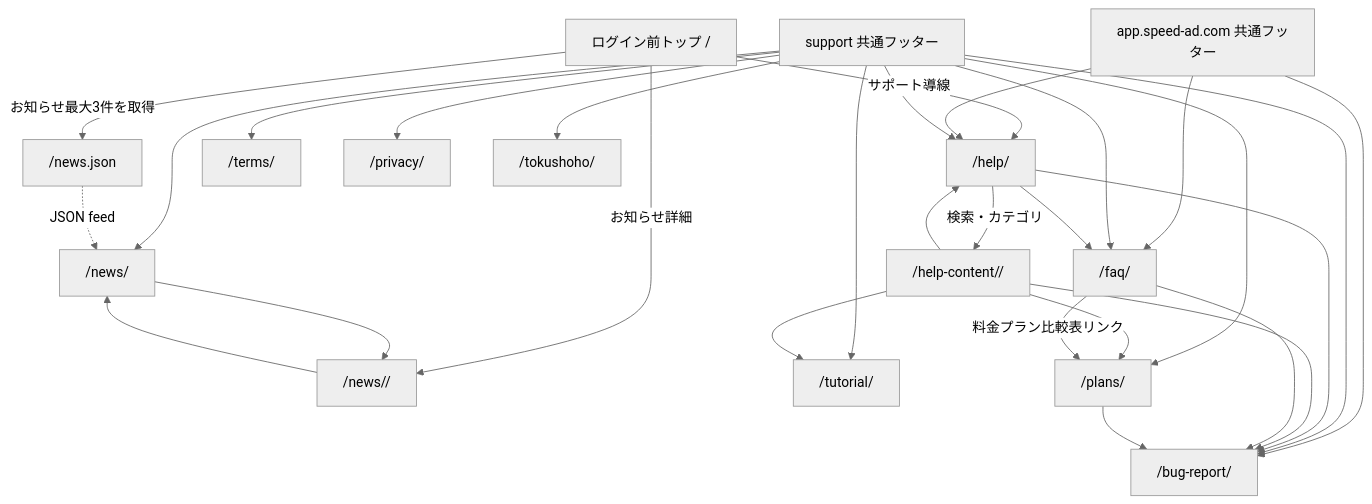
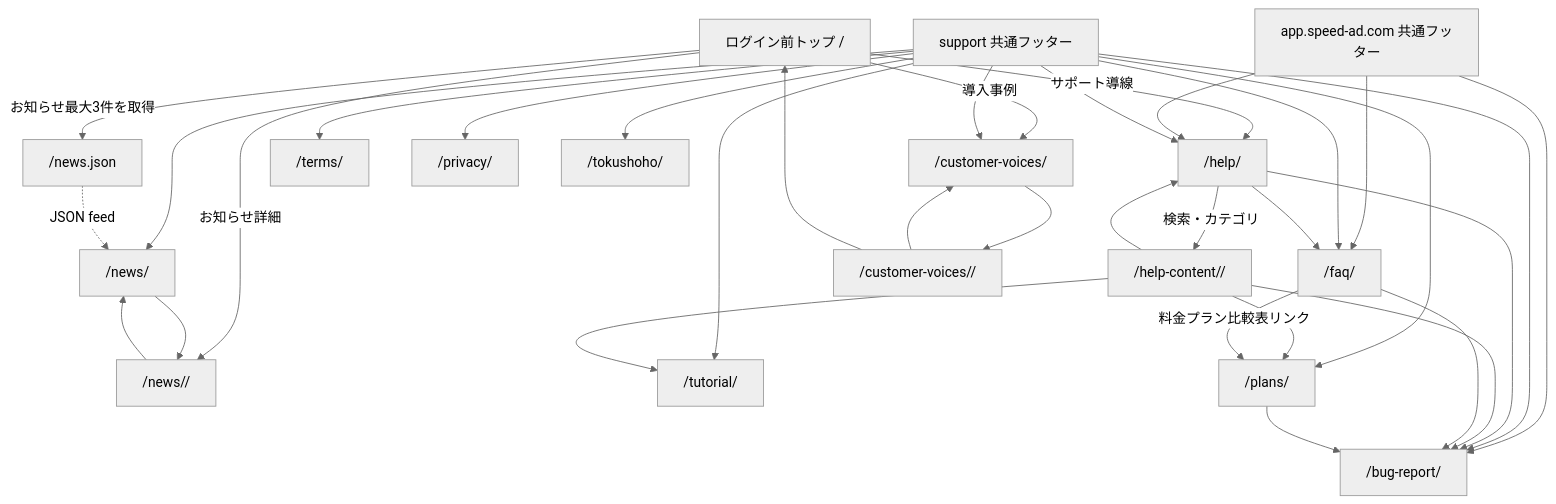
Before and after one commit to AbroadUmedaShota/SPPED-AD-TEST: the diagram in docs/画面設計/仕様/21_support_site_separation_spec.md, drawn with Mermaid (neutral theme). The commit also changed other lines of this file and 3 other files, not shown here.

````diff
--- a/docs/画面設計/仕様/21_support_site_separation_spec.md
+++ b/docs/画面設計/仕様/21_support_site_separation_spec.md
@@ -115,36 +130,42 @@
 ```mermaid
 flowchart TD
     PublicTop["ログイン前トップ /"] -->|お知らせ最大3件を取得| NewsFeed["/news.json"]
     PublicTop -->|お知らせ詳細| NewsDetail["/news/<slug>/"]
+    PublicTop -->|導入事例| Voices["/customer-voices/"]
     PublicTop -->|サポート導線| Help["/help/"]
 
     AppFooter["app.speed-ad.com 共通フッター"] --> Help
     AppFooter --> FAQ["/faq/"]
     AppFooter --> Contact["/bug-report/"]
 
     SupportFooter["support 共通フッター"] --> Help
     SupportFooter --> FAQ
     SupportFooter --> Contact
     SupportFooter --> Tutorial["/tutorial/"]
     SupportFooter --> Plans["/plans/"]
     SupportFooter --> NewsList["/news/"]
+    SupportFooter --> Voices
     SupportFooter --> Terms["/terms/"]
     SupportFooter --> Privacy["/privacy/"]
     SupportFooter --> Tokushoho["/tokushoho/"]
 
     Help -->|検索・カテゴリ| HelpContent["/help-content/<slug>/"]
     Help --> FAQ
     Help --> Contact
     HelpContent --> Help
     HelpContent --> Contact
     HelpContent --> Tutorial
     HelpContent --> Plans
 
     FAQ -->|料金プラン比較表リンク| Plans
     FAQ --> Contact
     Plans --> Contact
 
+    Voices --> VoiceDetail["/customer-voices/<slug>/"]
+    VoiceDetail --> Voices
+    VoiceDetail --> PublicTop
+
     NewsList --> NewsDetail
     NewsDetail --> NewsList
     NewsFeed -. "JSON feed" .-> NewsList
 ```
````
